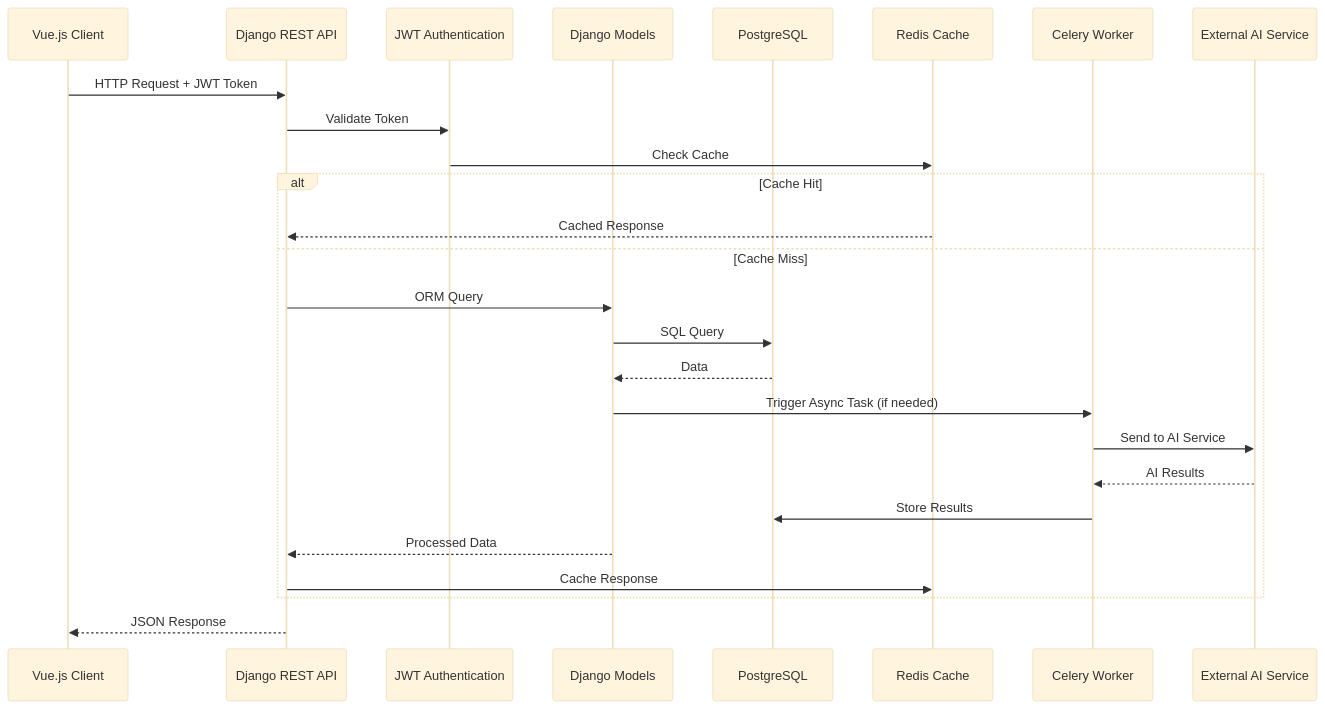
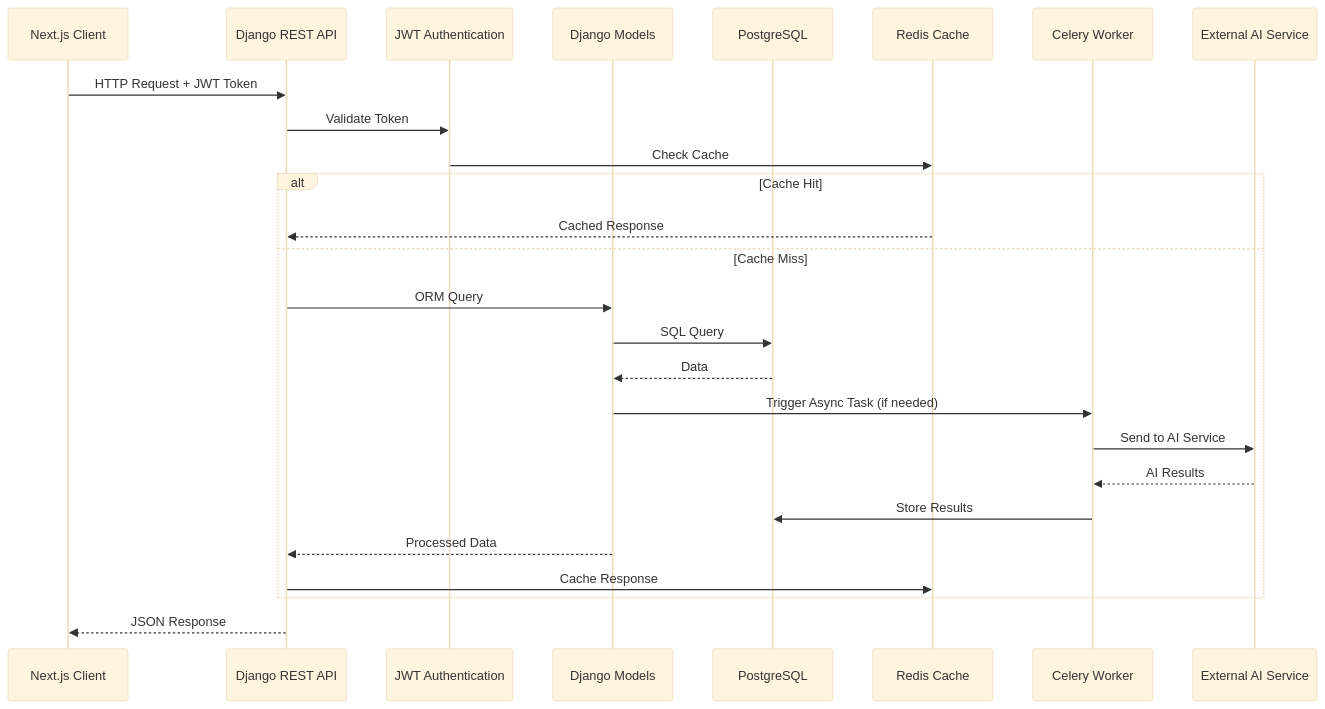
The first of 12 diagrams in docs/architecture/api-specification.md (2333xxxx/EssayCoach), drawn with Mermaid (base theme) before and after one commit. The commit also changed other lines of this file and 15 other files, not shown here.

````diff
--- a/docs/architecture/api-specification.md
+++ b/docs/architecture/api-specification.md
@@ -211,29 +211,29 @@
 ```mermaid
 sequenceDiagram
-    participant Client as Vue.js Client
+    participant Client as Next.js Client
     participant API as Django REST API
     participant JWT as JWT Authentication
     participant Models as Django Models
     participant DB as PostgreSQL
     participant Cache as Redis Cache
     participant Async as Celery Worker
     participant AI as External AI Service
     
     Client->>API: HTTP Request + JWT Token
     API->>JWT: Validate Token
     JWT->>Cache: Check Cache
     alt Cache Hit
         Cache-->>API: Cached Response
     else Cache Miss
         API->>Models: ORM Query
         Models->>DB: SQL Query
         DB-->>Models: Data
         Models->>Async: Trigger Async Task (if needed)
         Async->>AI: Send to AI Service
         AI-->>Async: AI Results
         Async->>DB: Store Results
         Models-->>API: Processed Data
         API->>Cache: Cache Response
     end
     API-->>Client: JSON Response
 ```
````
